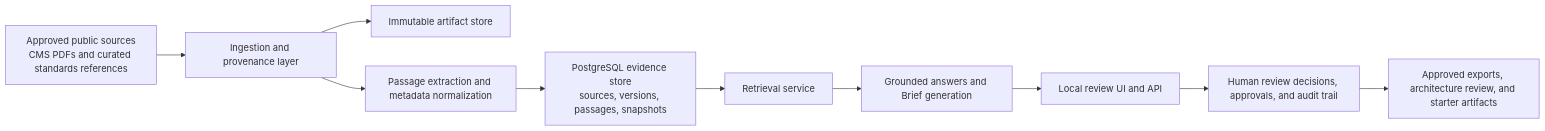
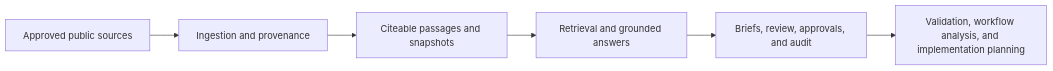
The diagram in README.md (venkata-ramana/HealthForge), drawn with Mermaid before and after one commit. The commit also changed other lines of this file and 1 other file, not shown here.

````diff
--- a/README.md
+++ b/README.md
@@ -236,12 +61,8 @@
 ```mermaid
 flowchart LR
-    A["Approved public sources<br/>CMS PDFs and curated standards references"] --> B["Ingestion and provenance layer"]
-    B --> C["Immutable artifact store"]
-    B --> D["Passage extraction and metadata normalization"]
-    D --> E["PostgreSQL evidence store<br/>sources, versions, passages, snapshots"]
-    E --> F["Retrieval service"]
-    F --> G["Grounded answers and Brief generation"]
-    G --> H["Local review UI and API"]
-    H --> I["Human review decisions, approvals, and audit trail"]
-    I --> J["Approved exports, architecture review, and starter artifacts"]
+    A["Approved public sources"] --> B["Ingestion and provenance"]
+    B --> C["Citeable passages and snapshots"]
+    C --> D["Retrieval and grounded answers"]
+    D --> E["Briefs, review, approvals, and audit"]
+    E --> F["Validation, workflow analysis, and implementation planning"]
 ```
````
